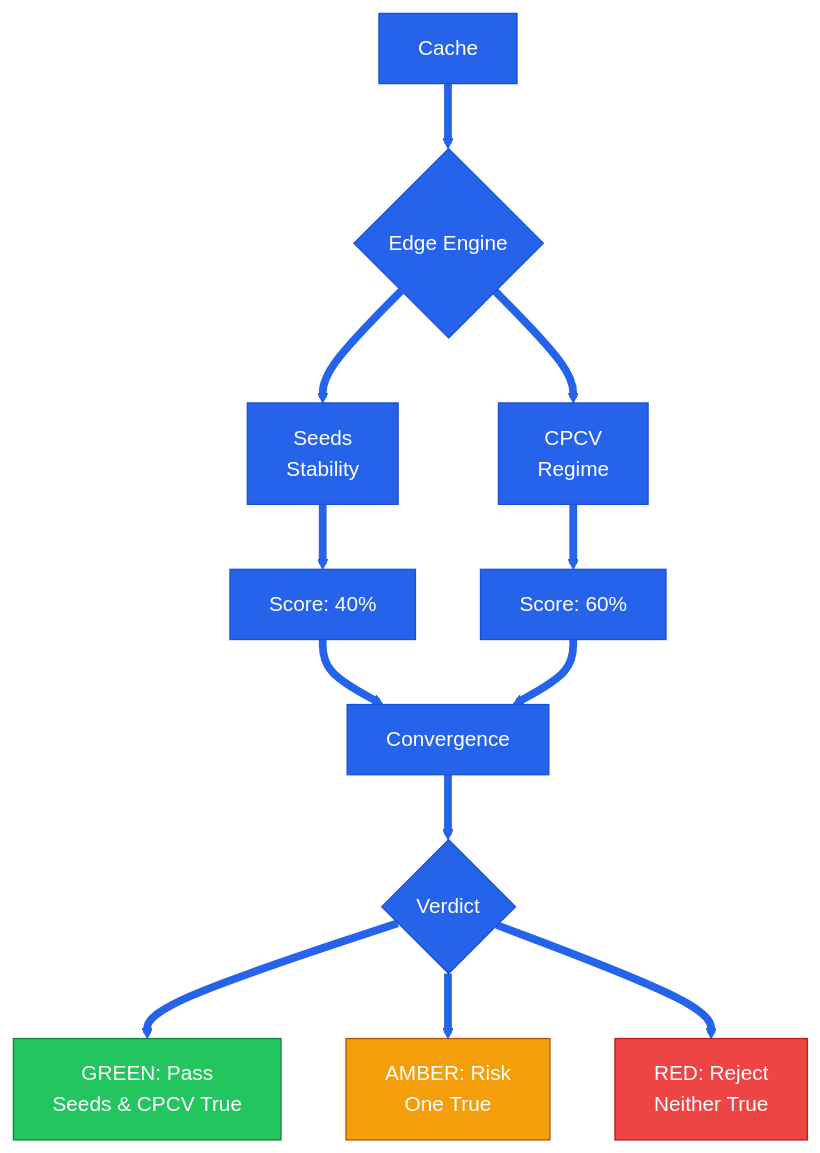
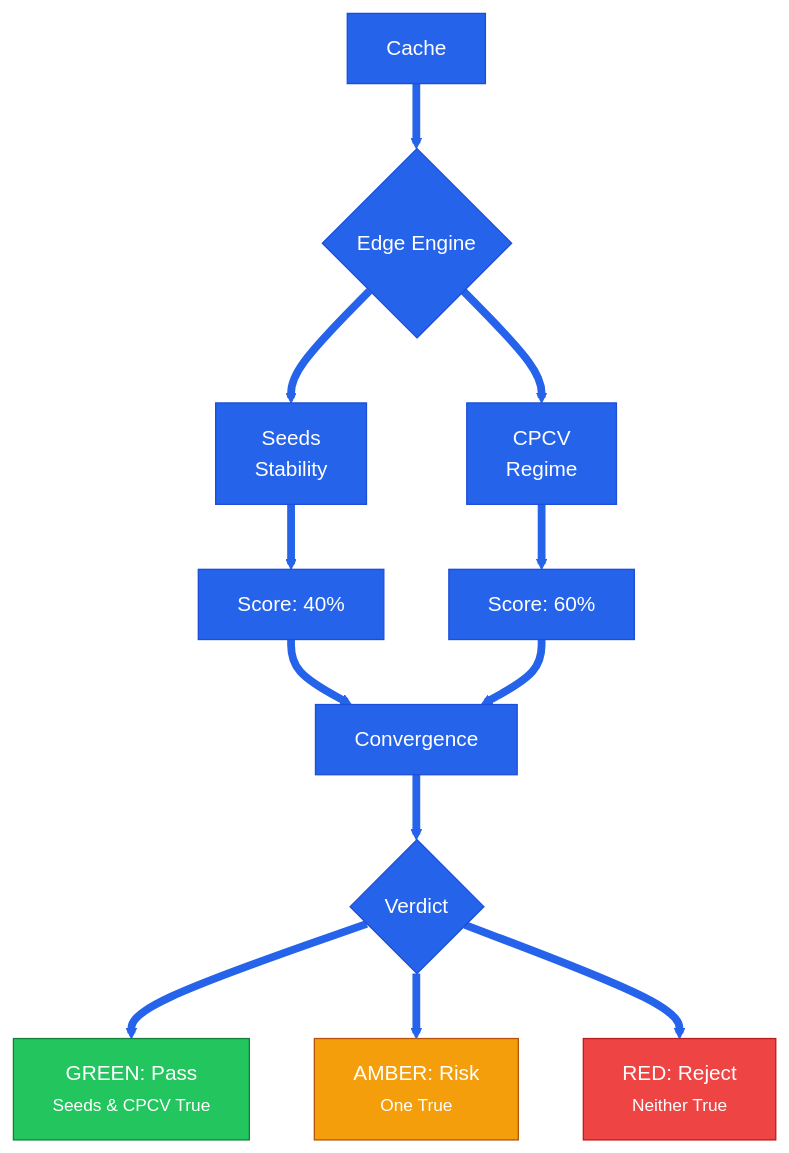
The fourth of 4 diagrams in README.md (Pablo-Molla-Charlez/SecondaryModel), drawn with Mermaid before and after one commit.

Commit message:
Improved Readme5

````diff
--- a/README.md
+++ b/README.md
@@ -144,21 +144,21 @@
 ```mermaid
 %%{init: {'theme': 'base', 'themeVariables': { 'primaryColor': '#2563eb', 'primaryBorderColor': '#1d4ed8', 'primaryTextColor': '#ffffff', 'secondaryColor': '#f59e0b', 'tertiaryColor': '#dcfce7', 'lineColor': '#0f172a', 'background': '#ffffff'}}}%%
 flowchart TD
     A[Cache] --> B{Edge Engine}
     B --> C[Seeds<br/>Stability]
     B --> D[CPCV<br/>Regime]
     C --> E[Score: 40%]
     D --> F[Score: 60%]
     E & F --> G[Convergence]
     G --> H{Verdict}
-    H --> I[GREEN: Pass<br/>Seeds & CPCV True]
-    H --> J[AMBER: Risk<br/>One True]
-    H --> K[RED: Reject<br/>Neither True]
+    H --> I[GREEN: Pass<br/><small>Seeds & CPCV True</small>]
+    H --> J[AMBER: Risk<br/><small>One True</small>]
+    H --> K[RED: Reject<br/><small>Neither True</small>]
     classDef green fill:#22c55e,stroke:#15803d,color:#ffffff;
     classDef amber fill:#f59e0b,stroke:#b45309,color:#ffffff;
     classDef red fill:#ef4444,stroke:#b91c1c,color:#ffffff;
     class I green;
     class J amber;
     class K red;
     linkStyle default stroke:#2563eb,stroke-width:6px;
 ```
````
